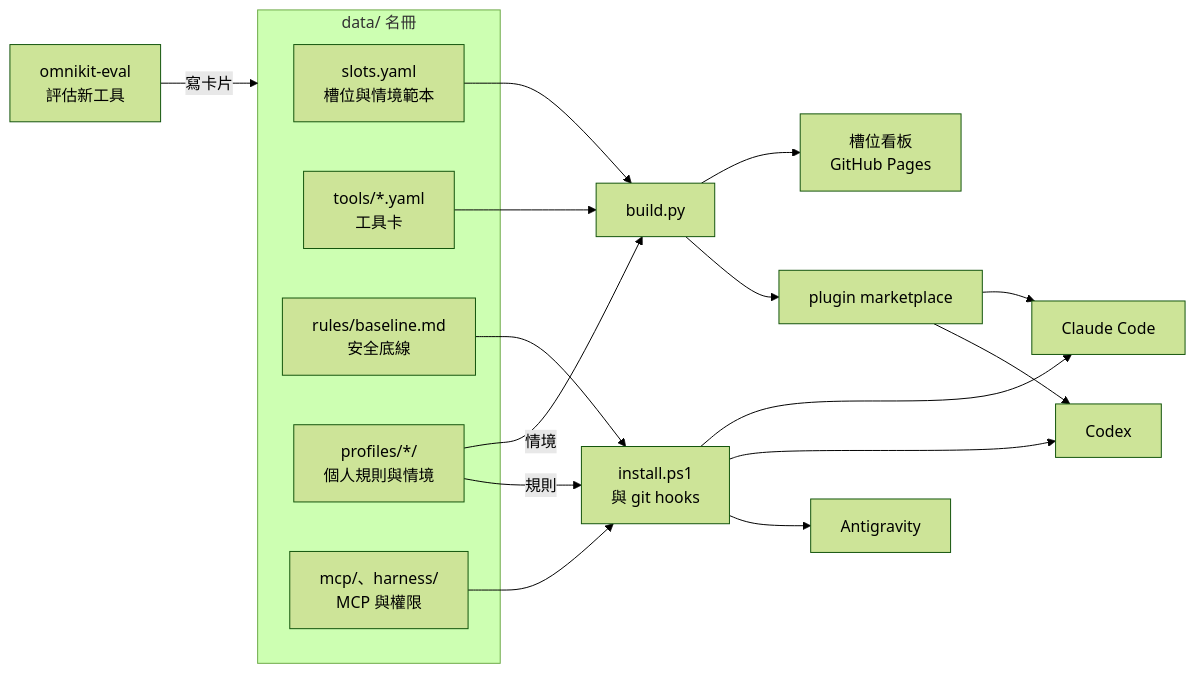
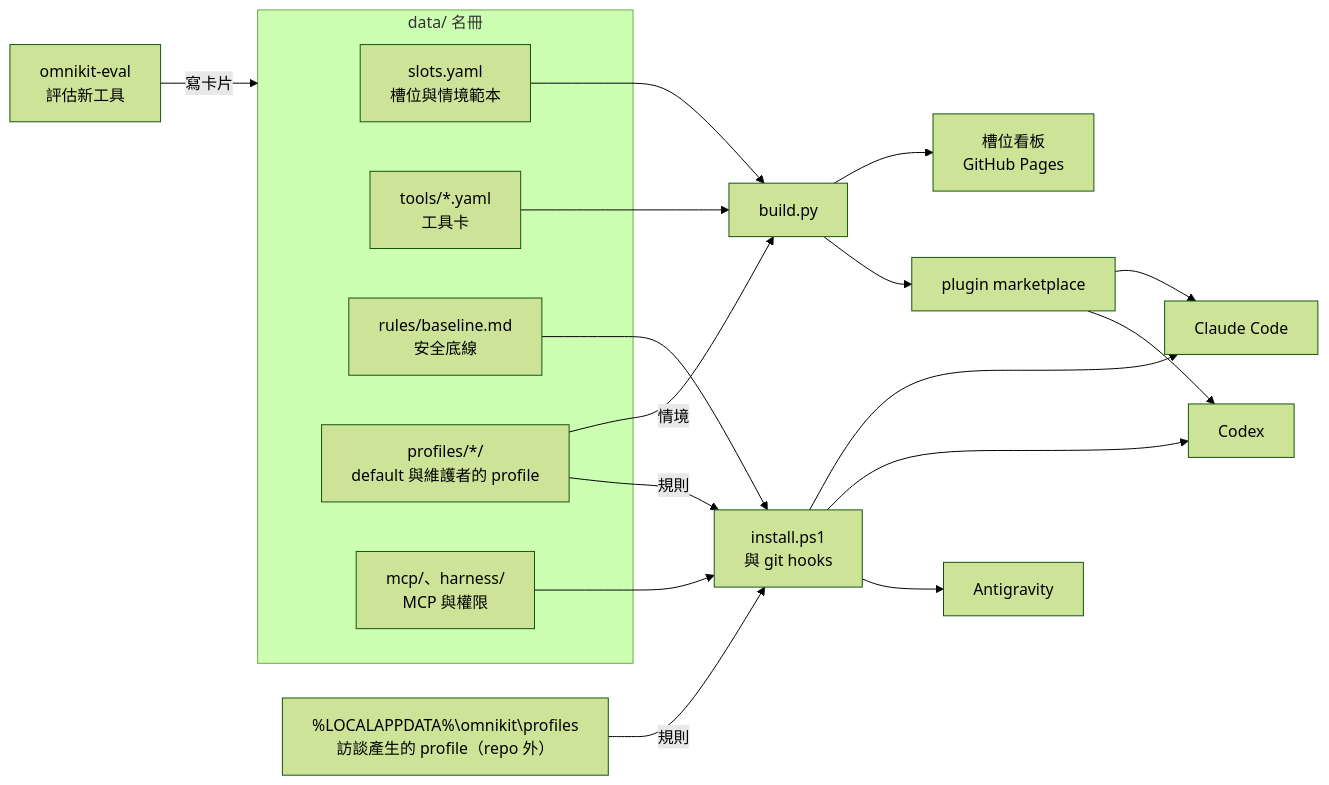
One commit to b40609/OmniKit changed the diagram in README.md. Above: the diagram before and after it, drawn with Mermaid (forest theme). The commit also changed other lines of this file, not shown here.

````diff
--- a/README.md
+++ b/README.md
@@ -168,24 +190,26 @@
 ```mermaid
 flowchart LR
   E["omnikit-eval<br/>評估新工具"] -->|寫卡片| D
   subgraph D["data/ 名冊"]
     S["slots.yaml<br/>槽位與情境範本"]
     T["tools/*.yaml<br/>工具卡"]
     R["rules/baseline.md<br/>安全底線"]
-    F["profiles/*/<br/>個人規則與情境"]
+    F["profiles/*/<br/>default 與維護者的 profile"]
     M["mcp/、harness/<br/>MCP 與權限"]
   end
+  L["%LOCALAPPDATA%\omnikit\profiles<br/>訪談產生的 profile（repo 外）"]
   S --> B["build.py"]
   T --> B
   F -->|情境| B
   B --> P["槽位看板<br/>GitHub Pages"]
   B --> K["plugin marketplace"]
   R --> I["install.ps1<br/>與 git hooks"]
   F -->|規則| I
+  L -->|規則| I
   M --> I
   I --> C["Claude Code"]
   I --> X["Codex"]
   I --> G["Antigravity"]
   K --> C
   K --> X
 ```
````
